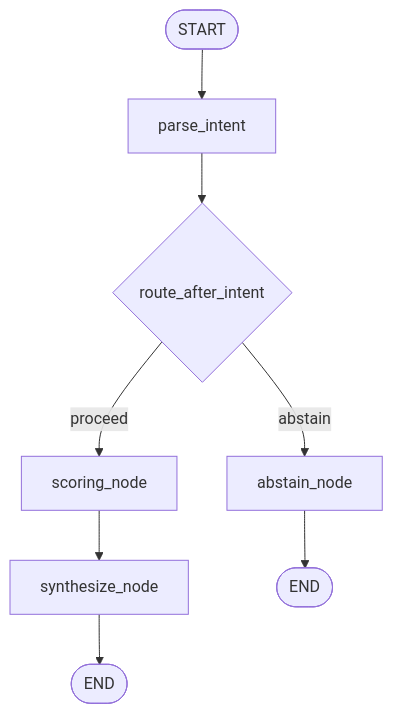
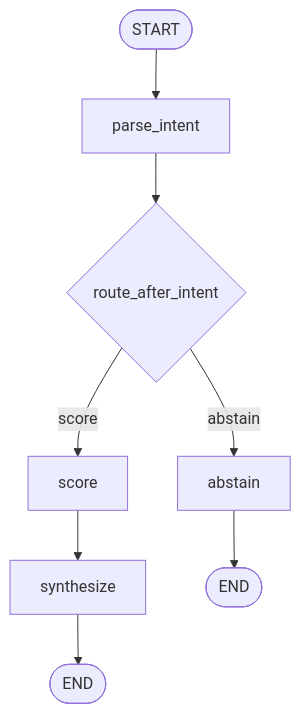
The sixth of 9 diagrams in recfair/docs/architecture.md (andluizsouza/unicamp-llm-agents), drawn with Mermaid before and after one commit. The commit also changed other lines of this file and 7 other files, not shown here.

````diff
--- a/recfair/docs/architecture.md
+++ b/recfair/docs/architecture.md
@@ -190,10 +207,10 @@
 ```mermaid
 flowchart TD
     START([START]) --> PI[parse_intent]
     PI --> ROUTE{route_after_intent}
-    ROUTE -->|abstain| AB[abstain_node]
-    ROUTE -->|proceed| SC[scoring_node]
-    SC --> SY[synthesize_node]
+    ROUTE -->|abstain| AB[abstain]
+    ROUTE -->|score| SC[score]
+    SC --> SY[synthesize]
     AB --> END1([END])
     SY --> END2([END])
 ```
````
